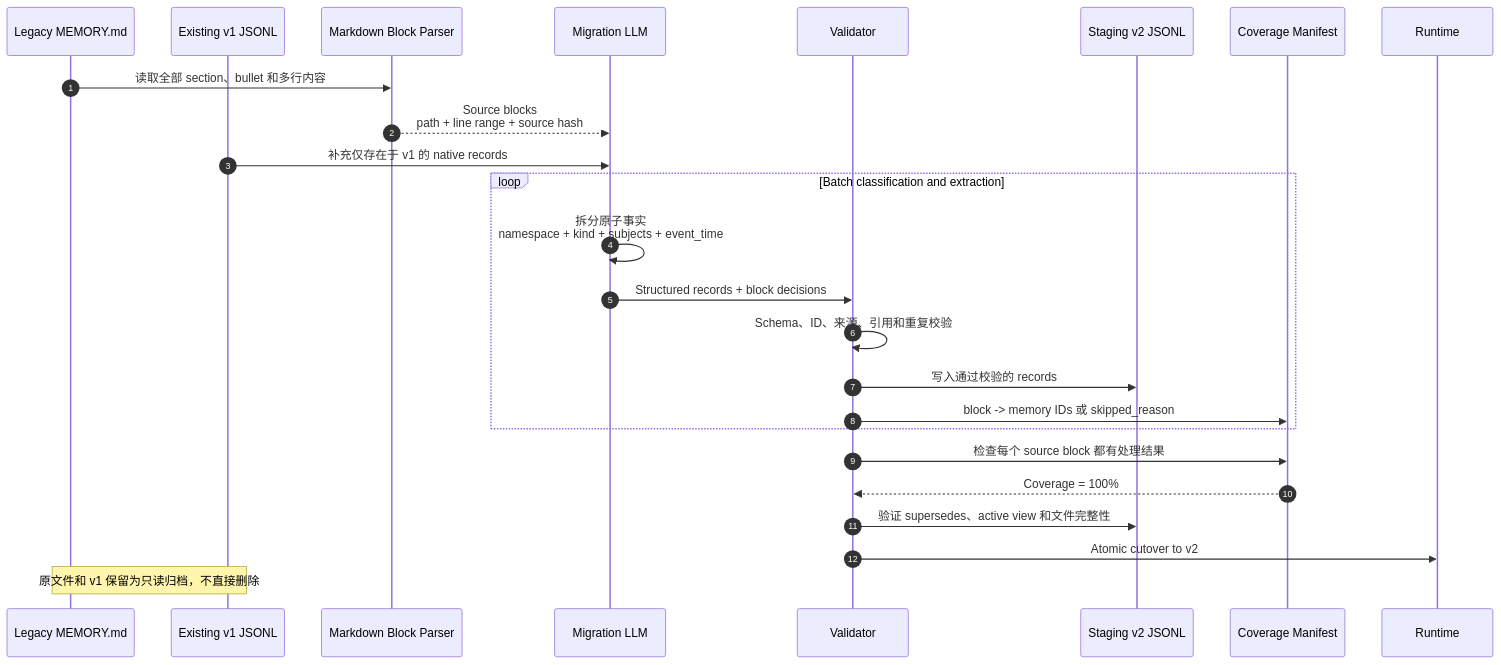
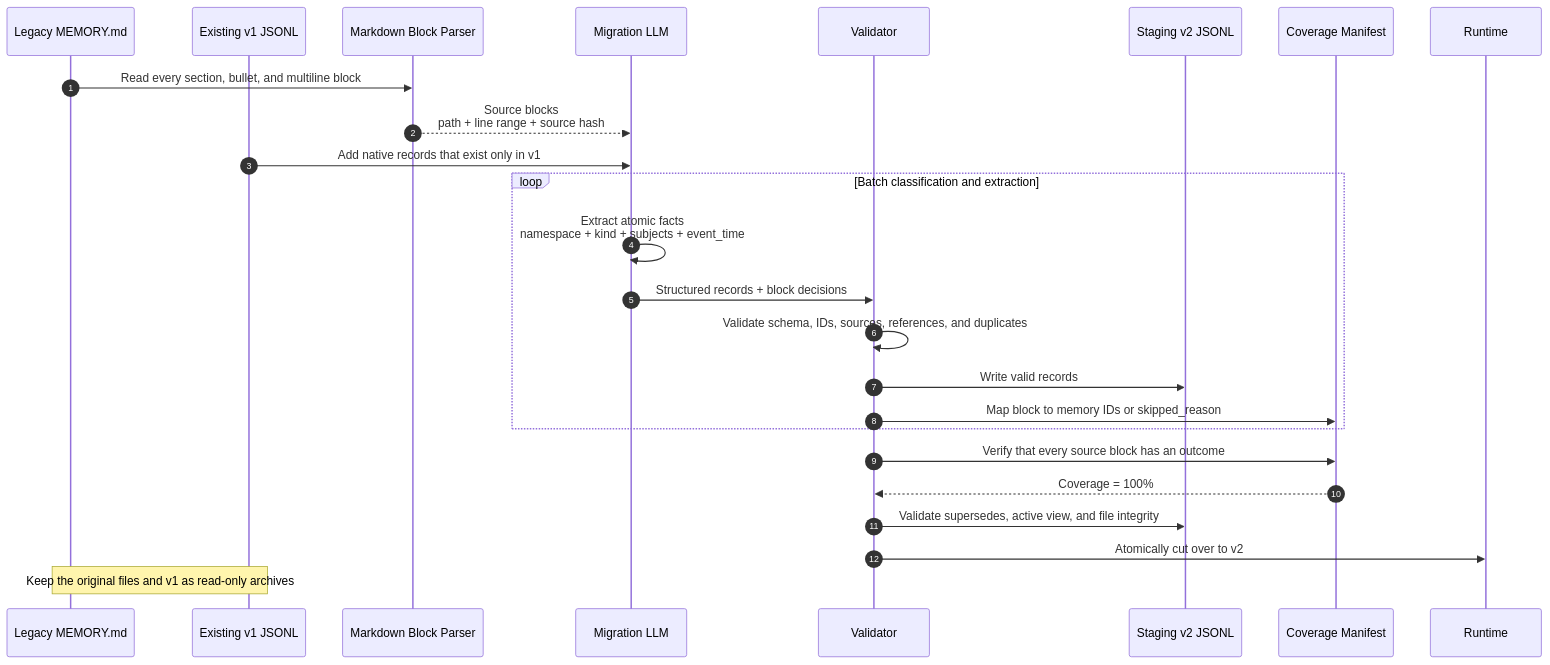
One commit to daya0576/pi-imessage changed the first of 4 diagrams in docs/structured-memory-sequence.md. Above: the diagram before and after it, drawn with Mermaid. The commit also changed other lines of this file, not shown here.

Commit message:
docs: translate memory sequence flow to English

````diff
--- a/docs/structured-memory-sequence.md
+++ b/docs/structured-memory-sequence.md
@@ -7,31 +7,31 @@
 ```mermaid
 sequenceDiagram
     autonumber
     participant O as Legacy MEMORY.md
     participant V as Existing v1 JSONL
     participant P as Markdown Block Parser
     participant L as Migration LLM
     participant C as Validator
     participant N as Staging v2 JSONL
     participant M as Coverage Manifest
     participant R as Runtime
 
-    O->>P: 读取全部 section、bullet 和多行内容
+    O->>P: Read every section, bullet, and multiline block
     P-->>L: Source blocks<br/>path + line range + source hash
-    V->>L: 补充仅存在于 v1 的 native records
+    V->>L: Add native records that exist only in v1
 
     loop Batch classification and extraction
-        L->>L: 拆分原子事实<br/>namespace + kind + subjects + event_time
+        L->>L: Extract atomic facts<br/>namespace + kind + subjects + event_time
         L->>C: Structured records + block decisions
-        C->>C: Schema、ID、来源、引用和重复校验
-        C->>N: 写入通过校验的 records
-        C->>M: block -> memory IDs 或 skipped_reason
+        C->>C: Validate schema, IDs, sources, references, and duplicates
+        C->>N: Write valid records
+        C->>M: Map block to memory IDs or skipped_reason
     end
 
-    C->>M: 检查每个 source block 都有处理结果
+    C->>M: Verify that every source block has an outcome
     M-->>C: Coverage = 100%
-    C->>N: 验证 supersedes、active view 和文件完整性
-    C->>R: Atomic cutover to v2
+    C->>N: Validate supersedes, active view, and file integrity
+    C->>R: Atomically cut over to v2
 
-    Note over O,V: 原文件和 v1 保留为只读归档，不直接删除
+    Note over O,V: Keep the original files and v1 as read-only archives
 ```
````
